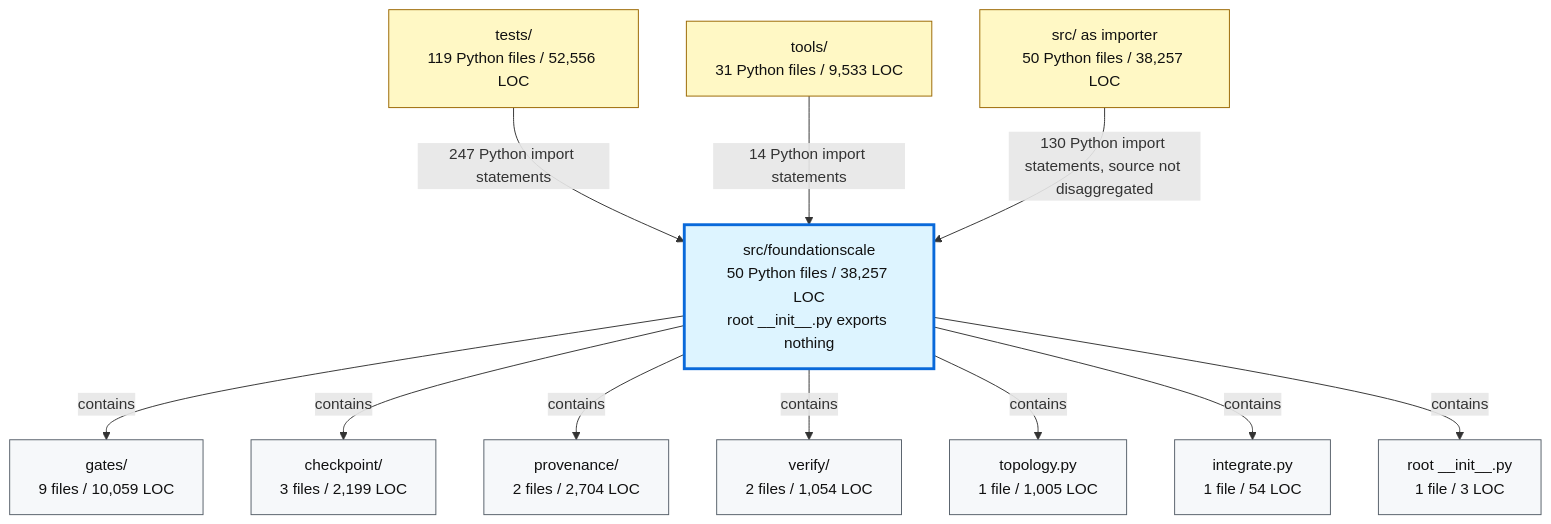
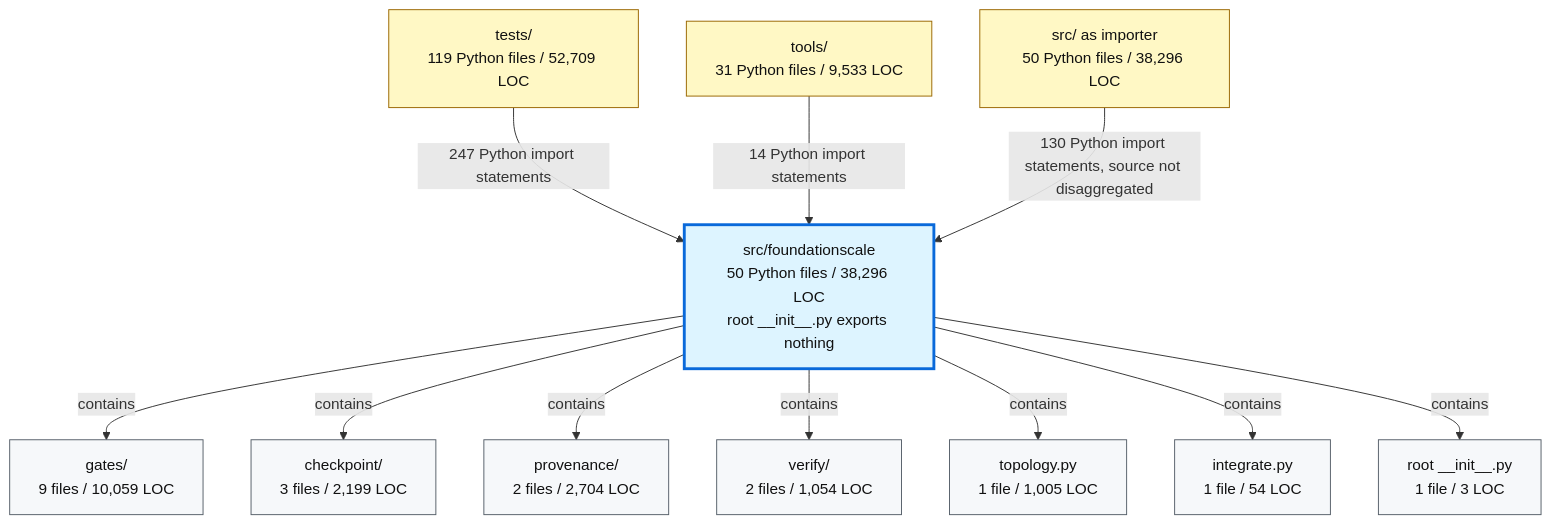
The second of 2 diagrams in docs/review/D2_current_architecture.md (TranNhiem/FoundationScale), drawn with Mermaid before and after one commit. The commit also changed other lines of this file and 10 other files, not shown here.

````diff
--- a/docs/review/D2_current_architecture.md
+++ b/docs/review/D2_current_architecture.md
@@ -97,36 +97,36 @@
 ```mermaid
 flowchart TB
-  TESTS["tests/<br/>119 Python files / 52,556 LOC"]
+  TESTS["tests/<br/>119 Python files / 52,709 LOC"]
   TOOLS["tools/<br/>31 Python files / 9,533 LOC"]
-  SRC["src/ as importer<br/>50 Python files / 38,257 LOC"]
+  SRC["src/ as importer<br/>50 Python files / 38,296 LOC"]
 
-  FS["src/foundationscale<br/>50 Python files / 38,257 LOC<br/>root __init__.py exports nothing"]
+  FS["src/foundationscale<br/>50 Python files / 38,296 LOC<br/>root __init__.py exports nothing"]
 
   GATES["gates/<br/>9 files / 10,059 LOC"]
   CKPT["checkpoint/<br/>3 files / 2,199 LOC"]
   PROV["provenance/<br/>2 files / 2,704 LOC"]
   VERIFY["verify/<br/>2 files / 1,054 LOC"]
   TOPO["topology.py<br/>1 file / 1,005 LOC"]
   INTEG["integrate.py<br/>1 file / 54 LOC"]
   ROOT["root __init__.py<br/>1 file / 3 LOC"]
 
   TESTS -->|"247 Python import statements"| FS
   TOOLS -->|"14 Python import statements"| FS
   SRC -->|"130 Python import statements, source not disaggregated"| FS
 
   FS -->|"contains"| GATES
   FS -->|"contains"| CKPT
   FS -->|"contains"| PROV
   FS -->|"contains"| VERIFY
   FS -->|"contains"| TOPO
   FS -->|"contains"| INTEG
   FS -->|"contains"| ROOT
 
   classDef consumer fill:#fff8c5,stroke:#9a6700,color:#111;
   classDef package fill:#ddf4ff,stroke:#0969da,stroke-width:3px,color:#111;
   classDef module fill:#f6f8fa,stroke:#57606a,color:#111;
 
   class TESTS,TOOLS,SRC consumer;
   class FS package;
   class GATES,CKPT,PROV,VERIFY,TOPO,INTEG,ROOT module;
 ```
````
